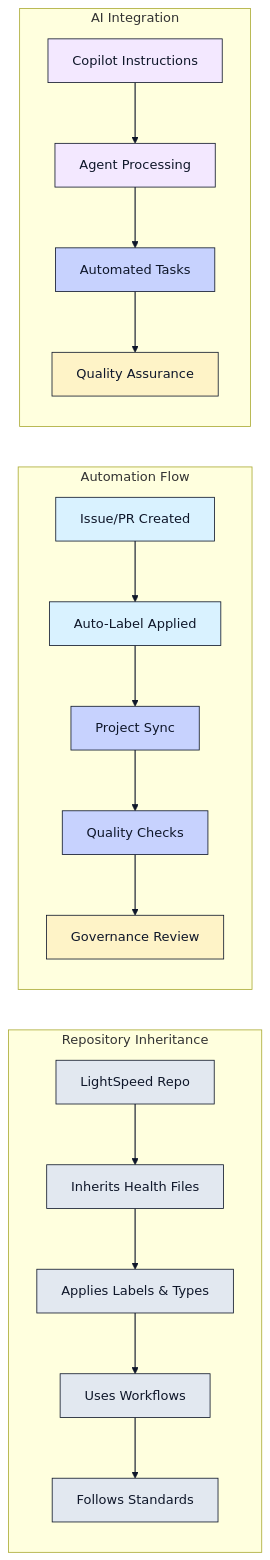
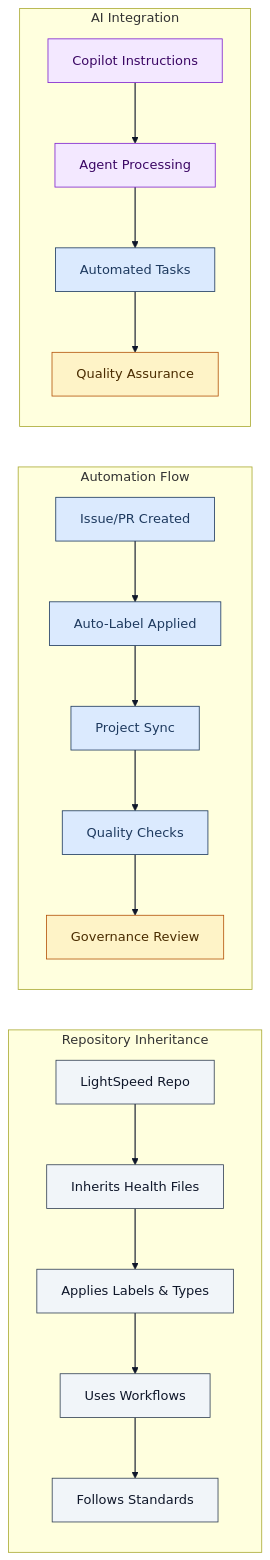
One commit to lightspeedwp/.github changed the second of 7 diagrams in README.md. Above: the diagram before and after it, drawn with Mermaid. The commit also changed other lines of this file and 28 other files, not shown here.

Commit message:
fix: make mermaid diagrams accessible

````diff
--- a/README.md
+++ b/README.md
@@ -228,49 +228,49 @@
 ```mermaid
 ---
 accTitle: Inheritance and automation flow
 accDescr: Shows how canonical community health files propagate through automation workflows and AI integration to enforce labels, standards, and governance.
 ---
 flowchart LR
   subgraph "Repository Inheritance"
     A[LightSpeed Repo] --> B[Inherits Health Files]
     B --> C[Applies Labels & Types]
     C --> D[Uses Workflows]
     D --> E[Follows Standards]
   end
 
   subgraph "Automation Flow"
     F[Issue/PR Created] --> G[Auto-Label Applied]
     G --> H[Project Sync]
     H --> I[Quality Checks]
     I --> J[Governance Review]
   end
 
   subgraph "AI Integration"
     K[Copilot Instructions] --> L[Agent Processing]
     L --> M[Automated Tasks]
     M --> N[Quality Assurance]
   end
 
-  classDef repo fill:#e2e8f0,stroke:#0f172a,color:#0f172a
-  classDef automation fill:#d9f2ff,stroke:#0f172a,color:#0f172a
-  classDef ai fill:#f3e8ff,stroke:#0f172a,color:#0f172a
-  classDef development fill:#c7d2fe,stroke:#0f172a,color:#0f172a
-  classDef review fill:#fef3c7,stroke:#0f172a,color:#0f172a
+  classDef repo fill:#f1f5f9,color:#0f172a,stroke:#334155
+  classDef automation fill:#dbeafe,color:#1e3a5f,stroke:#1e3a5f
+  classDef ai fill:#f3e8ff,color:#3b0764,stroke:#7e22ce
+  classDef development fill:#dbeafe,color:#1e3a5f,stroke:#1e3a5f
+  classDef review fill:#fef3c7,color:#4a2c00,stroke:#b45309
 
   class A repo
   class B repo
   class C repo
   class D repo
   class E repo
   class F automation
   class G automation
   class H development
   class I development
   class J review
   class K ai
   class L ai
   class M development
   class N review
 
   linkStyle default stroke:#0f172a,stroke-width:1.4px
 ```
````
